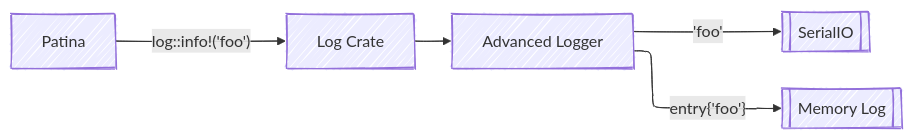
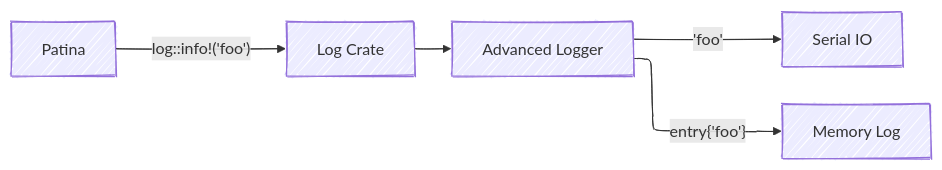
One commit to OpenDevicePartnership/patina changed the first of 2 diagrams in docs/src/dxe_core/advanced_logger.md. Above: the diagram before and after it, drawn with Mermaid. The commit also changed other lines of this file and 3 other files, not shown here.

````diff
--- a/docs/src/dxe_core/advanced_logger.md
+++ b/docs/src/dxe_core/advanced_logger.md
@@ -36,18 +36,18 @@
 ```mermaid
 ---
 config:
   layout: elk
   look: handDrawn
 displayMode: compact
 ---
 flowchart LR
     patina["Patina"]
     log["Log Crate"]
     logger["Advanced Logger"]
-    serial[["SerialIO"]]
-    memory_log[["Memory Log"]]
+    serial["Serial IO"]
+    memory_log["Memory Log"]
     patina -- log::info!('foo') --> log
     log --> logger
     logger -- 'foo' --> serial
     logger -- entry{'foo'} --> memory_log
 ```
````
